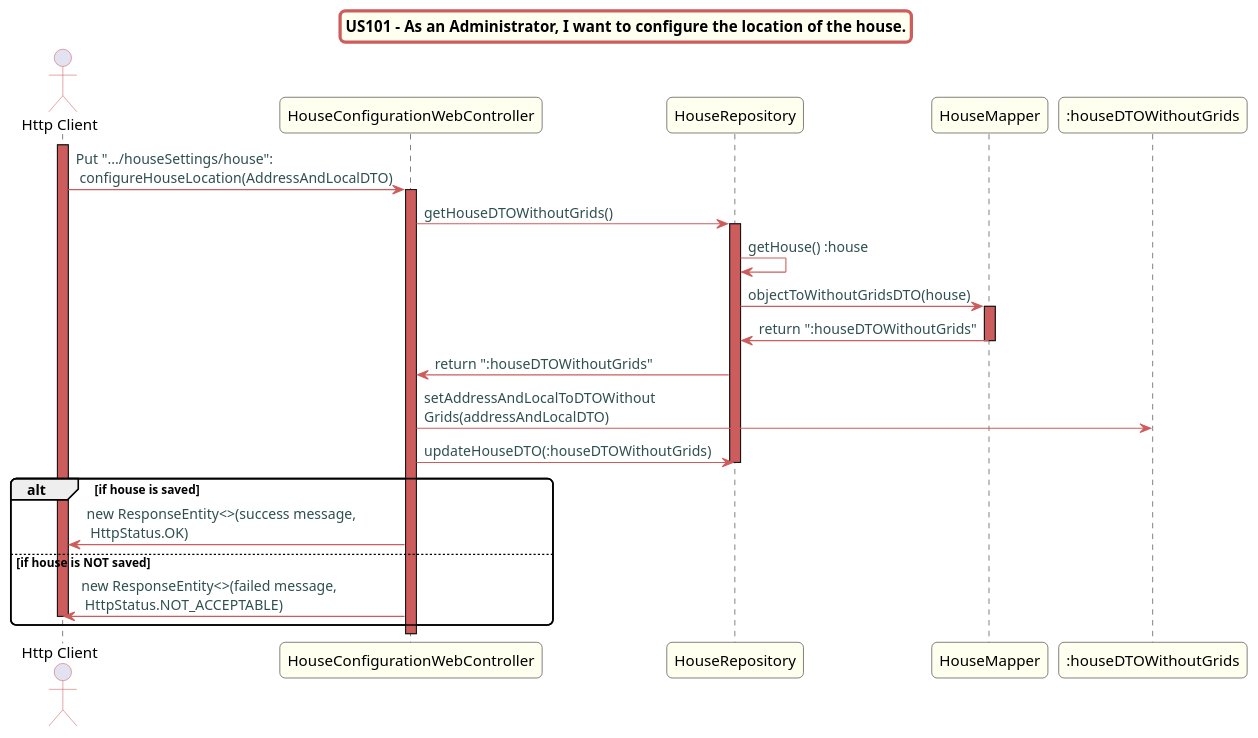
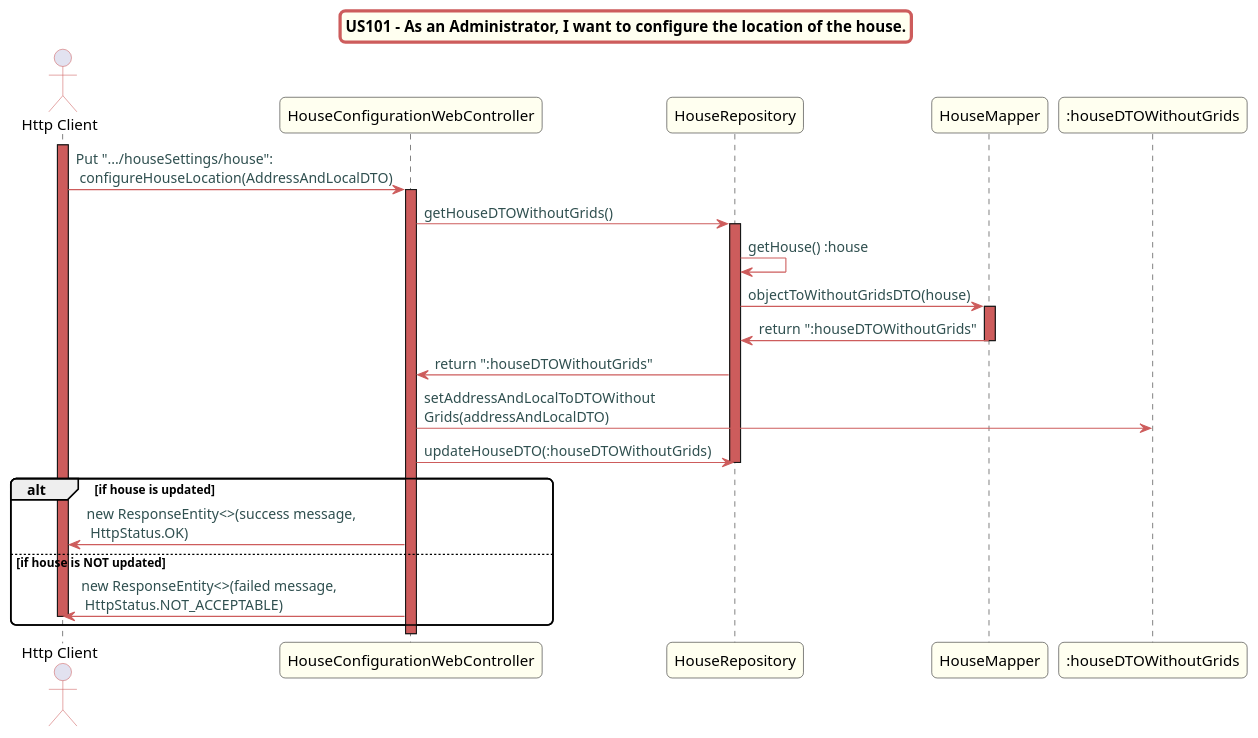
Before and after one commit to Almadanmp/project: the diagram in src/doc/WEB_Controllers/HouseConfiguration/US101/US101_sd_HouseConfiguration.puml, drawn with PlantUML. The commit also changed 1 other file, not shown here.

Commit message:
#364 - adds Class Diagram for US101 web controller

```diff
--- a/src/doc/WEB_Controllers/HouseConfiguration/US101/US101_sd_HouseConfiguration.puml
+++ b/src/doc/WEB_Controllers/HouseConfiguration/US101/US101_sd_HouseConfiguration.puml
@@ -1,50 +1,50 @@
 @startuml
 skinparam titleBorderRoundCorner 10
 skinparam titleBorderThickness 3
 skinparam titleBorderColor indianred
 skinparam titleBackgroundColor ivory
 skinparam FontName quicksand
 
 skinparam actor {
- 	BorderColor indianred
- 	}
+   BorderColor indianred
+   }
 
  skinparam sequence {
- 	LifeLineBackgroundColor indianred
- 	ParticipantBackgroundColor ivory
+   LifeLineBackgroundColor indianred
+   ParticipantBackgroundColor ivory
 }
 
  skinparam roundcorner 10
 
  skinparam component {
    arrowThickness 1
    ArrowFontName Verdana
    ArrowColor indianred
    ArrowFontColor darkslategrey
  }
 title US101 - As an Administrator, I want to configure the location of the house.
 
 actor "Http Client"
 activate "Http Client"
 "Http Client" -> "HouseConfigurationWebController":  Put ".../houseSettings/house":\n configureHouseLocation(AddressAndLocalDTO)
 activate "HouseConfigurationWebController"
 "HouseConfigurationWebController" -> "HouseRepository": getHouseDTOWithoutGrids()
 activate "HouseRepository"
 "HouseRepository" -> "HouseRepository": getHouse() :house
 "HouseRepository" -> "HouseMapper": objectToWithoutGridsDTO(house)
 activate "HouseMapper"
 "HouseMapper" -> "HouseRepository": return ":houseDTOWithoutGrids"
 deactivate "HouseMapper"
 "HouseRepository" -> "HouseConfigurationWebController": return ":houseDTOWithoutGrids"
 "HouseConfigurationWebController" -> ":houseDTOWithoutGrids":setAddressAndLocalToDTOWithout\nGrids(addressAndLocalDTO)
 "HouseConfigurationWebController" -> "HouseRepository": updateHouseDTO(:houseDTOWithoutGrids)
 deactivate "HouseRepository"
-alt if house is saved
+alt if house is updated
 "HouseConfigurationWebController" -> "Http Client": new ResponseEntity<>(success message,\n HttpStatus.OK)
-else if house is NOT saved
+else if house is NOT updated
 "HouseConfigurationWebController" -> "Http Client": new ResponseEntity<>(failed message,\n HttpStatus.NOT_ACCEPTABLE)
 
 deactivate "Http Client"
 end
 
 @enduml
```
